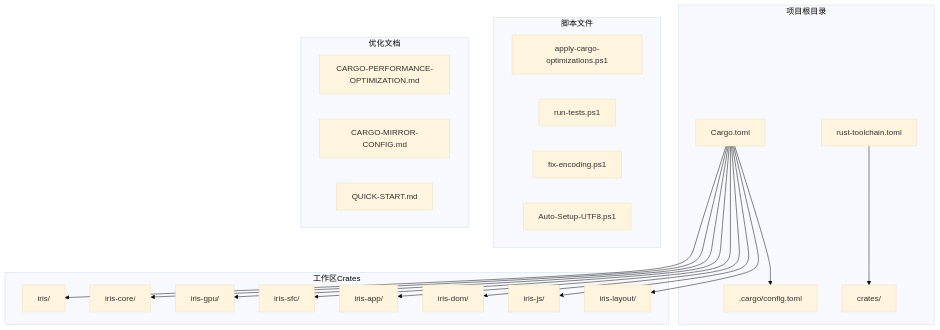
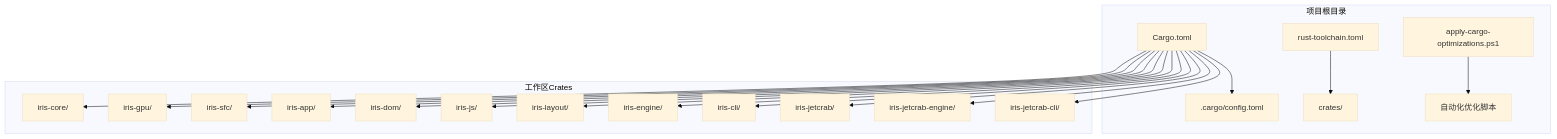
The first of 7 diagrams in .qoder/repowiki/zh/content/部署与配置/Cargo优化自动化脚本.md (itszzl-sudo/iris), drawn with Mermaid (base theme) before and after one commit. The commit also changed other lines of this file and 17 other files, not shown here.

````diff
--- a/.qoder/repowiki/zh/content/部署与配置/Cargo优化自动化脚本.md
+++ b/.qoder/repowiki/zh/content/部署与配置/Cargo优化自动化脚本.md
@@ -45,36 +54,34 @@
 ```mermaid
 graph TB
 subgraph "项目根目录"
 A[Cargo.toml] --> B[.cargo/config.toml]
 C[rust-toolchain.toml] --> D[crates/]
-end
-subgraph "脚本文件"
-E[apply-cargo-optimizations.ps1]
-F[run-tests.ps1]
-G[fix-encoding.ps1]
-H[Auto-Setup-UTF8.ps1]
-end
-subgraph "优化文档"
-I[CARGO-PERFORMANCE-OPTIMIZATION.md]
-J[CARGO-MIRROR-CONFIG.md]
-K[QUICK-START.md]
+E[apply-cargo-optimizations.ps1] --> F[自动化优化脚本]
 end
 subgraph "工作区Crates"
-L[iris/]
-M[iris-core/]
-N[iris-gpu/]
-O[iris-sfc/]
-P[iris-app/]
-Q[iris-dom/]
-R[iris-js/]
-S[iris-layout/]
+G[iris-core/]
+H[iris-gpu/]
+I[iris-sfc/]
+J[iris-app/]
+K[iris-dom/]
+L[iris-js/]
+M[iris-layout/]
+N[iris-engine/]
+O[iris-cli/]
+P[iris-jetcrab/]
+Q[iris-jetcrab-engine/]
+R[iris-jetcrab-cli/]
 end
+A --> G
+A --> H
+A --> I
+A --> J
+A --> K
 A --> L
 A --> M
 A --> N
 A --> O
 A --> P
 A --> Q
 A --> R
-A --> S
 ```
````
